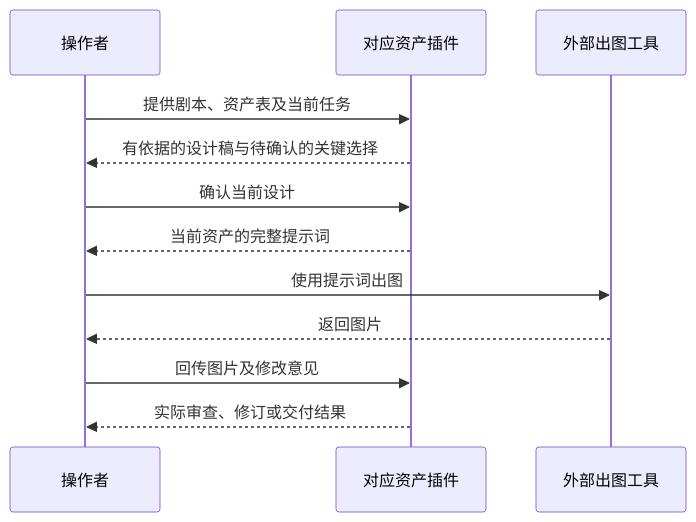
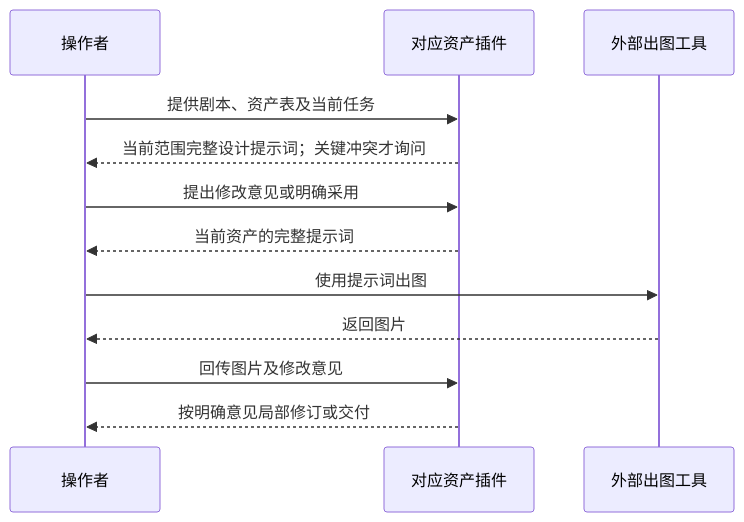
One commit to kaibaoxiang-studio/ZiChan changed the second of 3 diagrams in README.md. Above: the diagram before and after it, drawn with Mermaid. The commit also changed other lines of this file and 71 other files, not shown here.

````diff
--- a/README.md
+++ b/README.md
@@ -78,14 +78,14 @@
 ```mermaid
 sequenceDiagram
     participant U as 操作者
     participant P as 对应资产插件
     participant X as 外部出图工具
     U->>P: 提供剧本、资产表及当前任务
-    P-->>U: 有依据的设计稿与待确认的关键选择
-    U->>P: 确认当前设计
+    P-->>U: 当前范围完整设计提示词；关键冲突才询问
+    U->>P: 提出修改意见或明确采用
     P-->>U: 当前资产的完整提示词
     U->>X: 使用提示词出图
     X-->>U: 返回图片
     U->>P: 回传图片及修改意见
-    P-->>U: 实际审查、修订或交付结果
+    P-->>U: 按明确意见局部修订或交付
 ```
````
